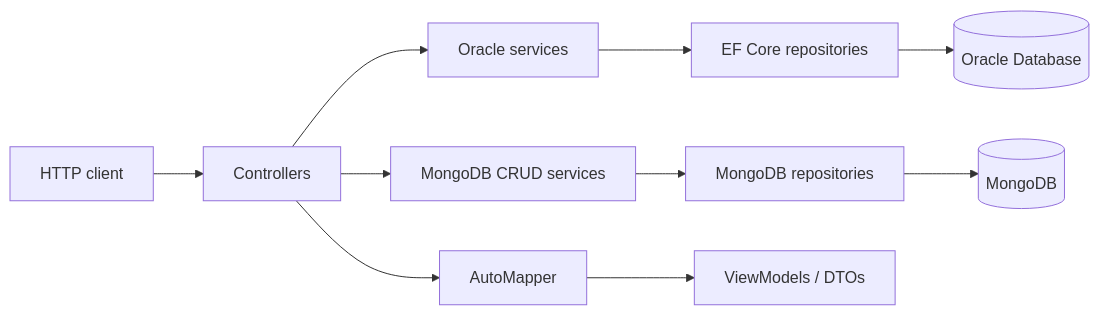
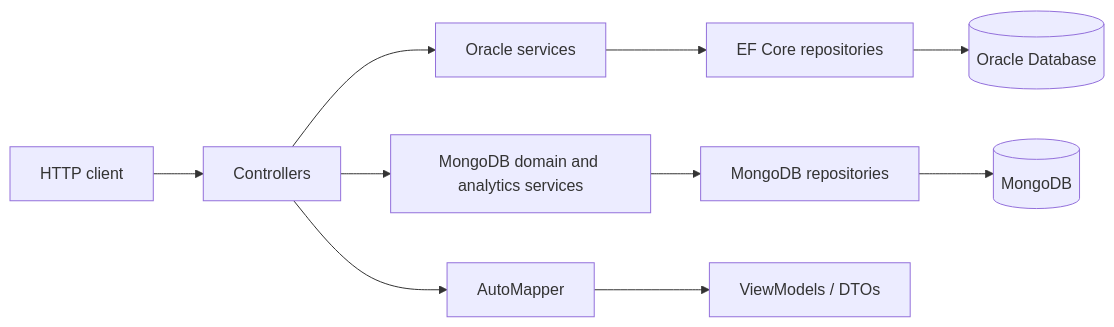
Before and after one commit to guidonunes/Web.Fiap.Carbono: the first of 2 diagrams in README.md, drawn with Mermaid. The commit also changed other lines of this file and 18 other files, not shown here.

````diff
--- a/README.md
+++ b/README.md
@@ -52,12 +52,12 @@
 ```mermaid
 flowchart LR
     Client[HTTP client] --> Controller[Controllers]
     Controller --> OracleService[Oracle services]
     OracleService --> OracleRepository[EF Core repositories]
     OracleRepository --> Oracle[(Oracle Database)]
-    Controller --> MongoService[MongoDB CRUD services]
+    Controller --> MongoService[MongoDB domain and analytics services]
     MongoService --> MongoRepository[MongoDB repositories]
     MongoRepository --> Mongo[(MongoDB)]
     Controller --> Mapper[AutoMapper]
     Mapper --> DTO[ViewModels / DTOs]
 ```
````
